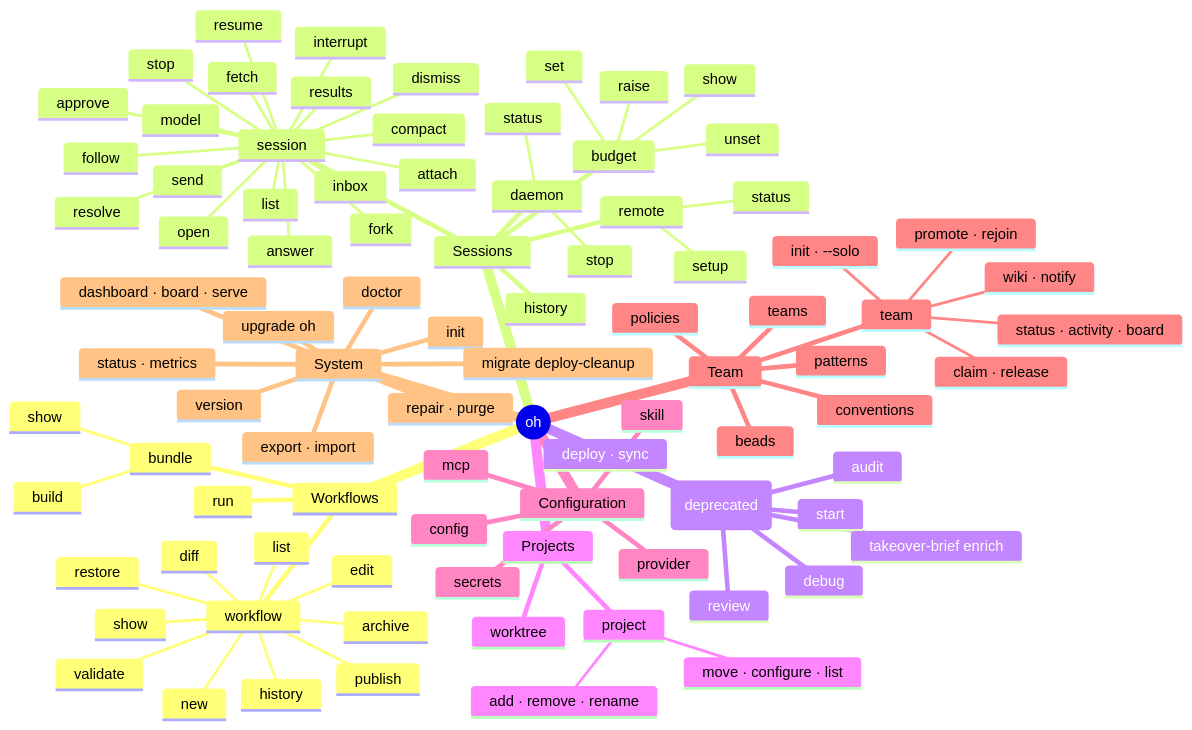
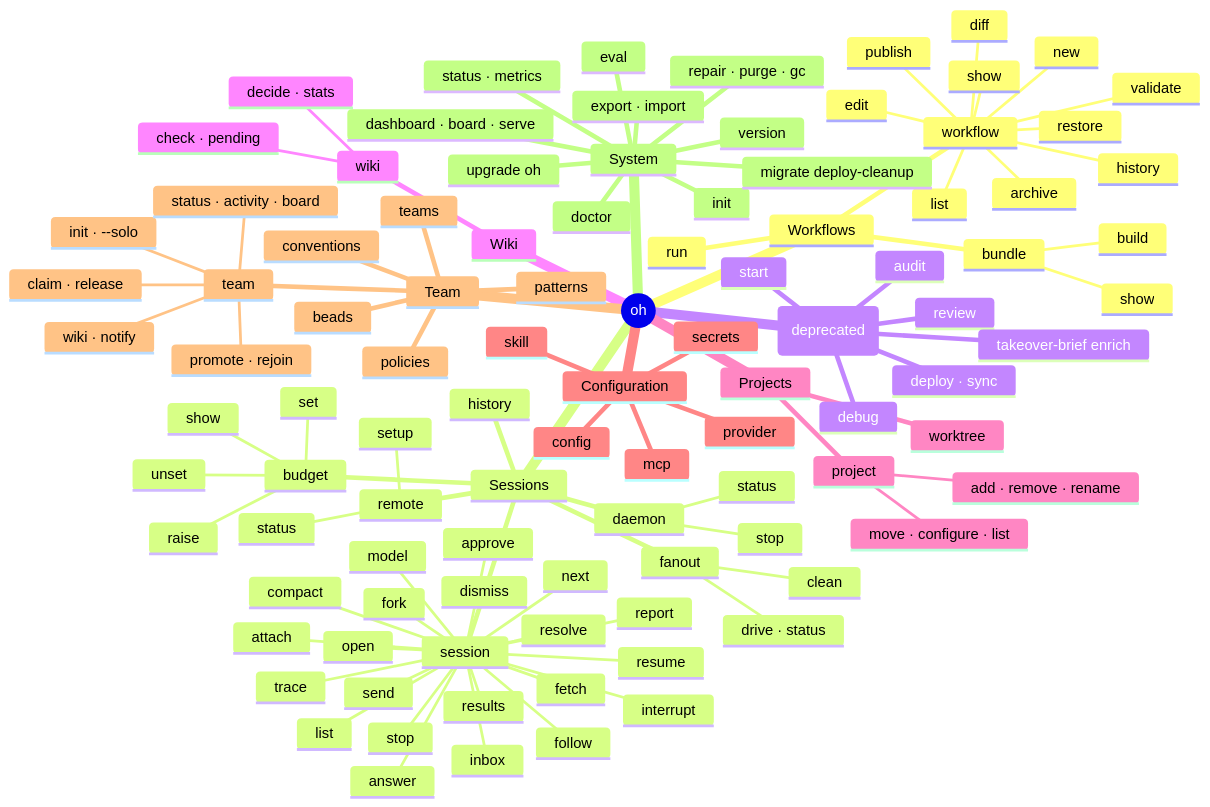
Before and after one commit to datichb/openhub: the diagram in docs/diagrams/cli-command-tree.mermaid, drawn with Mermaid. The commit also changed 18 other files, not shown here.

First line of the commit message:
docs(architecture): bring the synthesis docs and diagrams up to date (modernisation docs-synthesis)

```diff
--- a/docs/diagrams/cli-command-tree.mermaid
+++ b/docs/diagrams/cli-command-tree.mermaid
@@ -1,94 +1,105 @@
 %% OpenHub -- CLI command tree (v5)
 %% oh commands grouped by domain (from `oh --help` and the cobra tree).
 %% Deprecated aliases of `oh run` are listed under "Aliases (deprecated)".
 
 mindmap
   root((oh))
     Workflows
       run
       workflow
         list
         show
         validate
         new
         edit
         diff
         publish
         history
         restore
         archive
       bundle
         build
         show
     Sessions
       session
         list
         inbox
         attach
         follow
         approve
         answer
         dismiss
         send
         interrupt
         compact
         model
         fork
         results
+        next
+        report
+        trace
         resume
         stop
         open
         fetch
         resolve
+      fanout
+        drive · status
+        clean
       budget
         show
         set
         unset
         raise
       daemon
         status
         stop
       remote
         setup
         status
       history
     Aliases (deprecated)
       start
       audit
       review
       debug
       takeover-brief enrich
       deploy · sync
+    Wiki
+      wiki
+        check · pending
+        decide · stats
     Projects
       project
         add · remove · rename
         move · configure · list
       worktree
     Configuration
       config
       provider
       mcp
       secrets
       skill
     Team
       team
         init · --solo
         promote · rejoin
         status · activity · board
         claim · release
         wiki · notify
       teams
       policies
       patterns
       conventions
       beads
     System
       init
       doctor
       status · metrics
       dashboard · board · serve
       export · import
-      repair · purge
+      repair · purge · gc
+      eval
       migrate deploy-cleanup
       upgrade oh
       version
```
